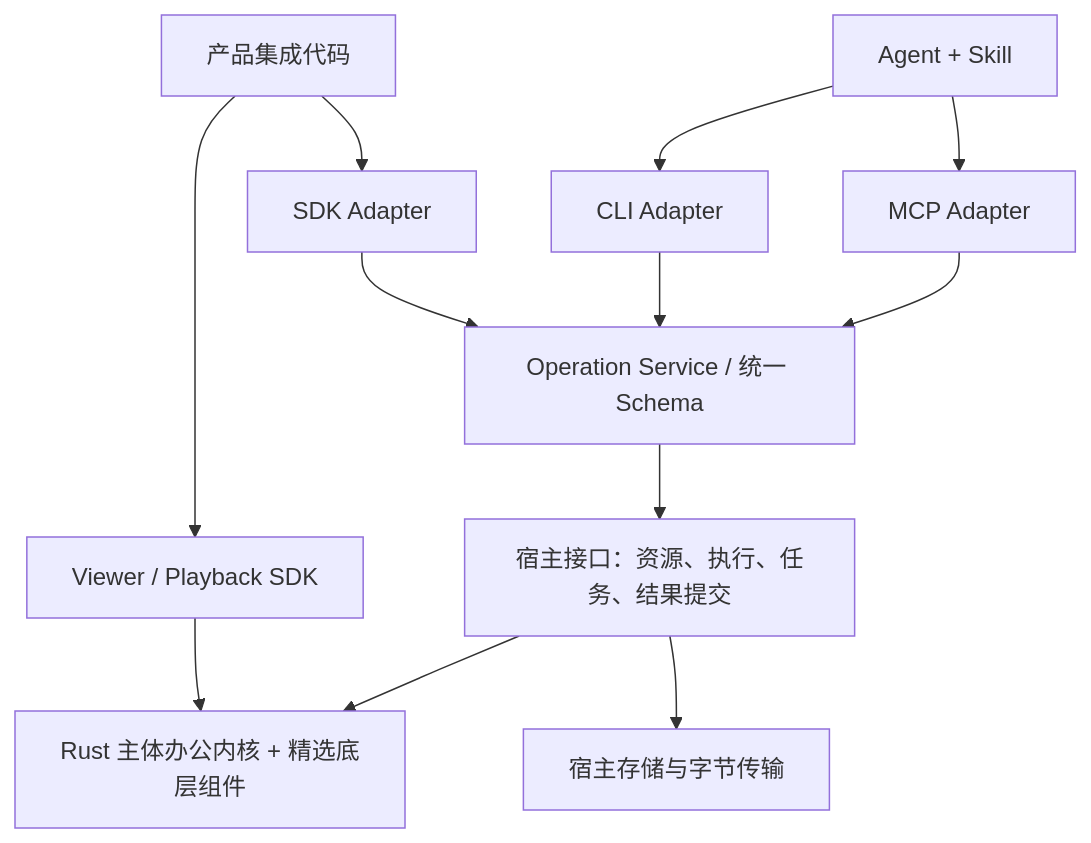
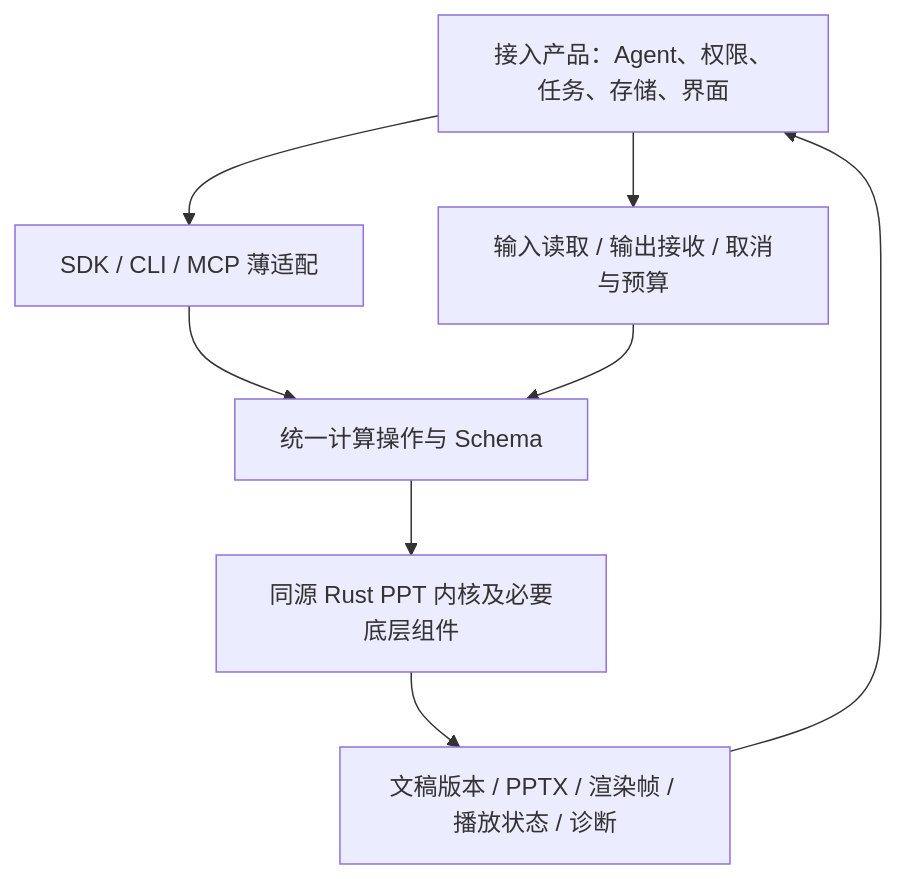
The diagram in docs/architecture/agent-integration.md (wanquanY/MusterOffice), drawn with Mermaid before and after one commit. The commit also changed other lines of this file and 18 other files, not shown here.

First line of the commit message:
docs(architecture): adopt computation-only integration ownership

````diff
--- a/docs/architecture/agent-integration.md
+++ b/docs/architecture/agent-integration.md
@@ -21,14 +21,10 @@
 ```mermaid
 flowchart TD
-  A[Agent + Skill] --> M[MCP Adapter]
-  A --> C[CLI Adapter]
-  P[产品集成代码] --> S[SDK Adapter]
-  M --> O[Operation Service / 统一 Schema]
-  C --> O
-  S --> O
-  O --> H[宿主接口：资源、执行、任务、结果提交]
-  H --> K[Rust 主体办公内核 + 精选底层组件]
-  P --> V[Viewer / Playback SDK]
-  V --> K
-  H --> B[宿主存储与字节传输]
+  H[接入产品：Agent、权限、任务、存储、界面] --> A[SDK / CLI / MCP 薄适配]
+  H --> I[输入读取 / 输出接收 / 取消与预算]
+  A --> O[统一计算操作与 Schema]
+  I --> O
+  O --> K[同源 Rust PPT 内核及必要底层组件]
+  K --> R[文稿版本 / PPTX / 渲染帧 / 播放状态 / 诊断]
+  R --> H
 ```
````
